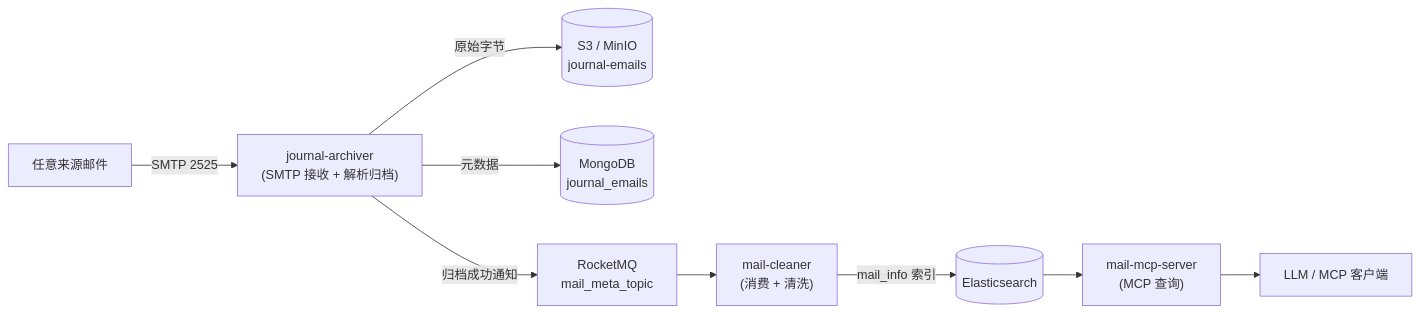
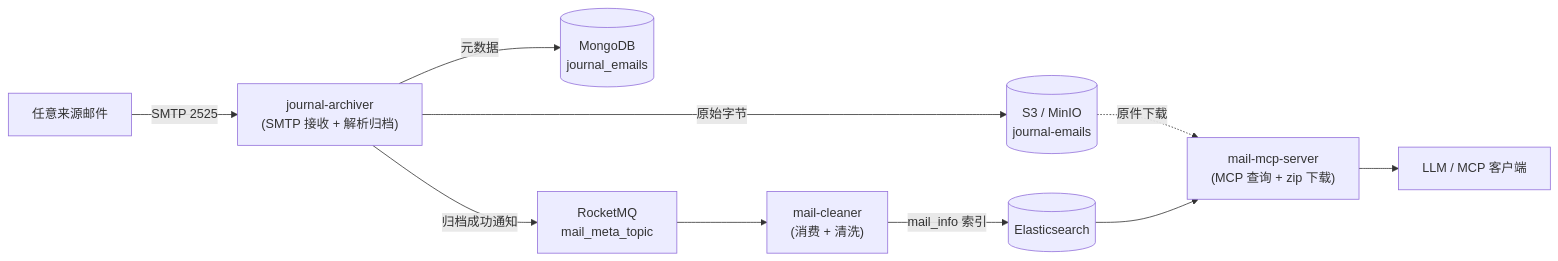
One commit to EKwongChum/gas-town-mail changed the diagram in README.md. Above: the diagram before and after it, drawn with Mermaid. The commit also changed other lines of this file and 20 other files, not shown here.

````diff
--- a/README.md
+++ b/README.md
@@ -53,11 +55,12 @@
 ```mermaid
 flowchart LR
     Sender["任意来源邮件"] -->|SMTP 2525| Archiver["journal-archiver<br/>(SMTP 接收 + 解析归档)"]
     Archiver -->|原始字节| S3[("S3 / MinIO<br/>journal-emails")]
     Archiver -->|元数据| Mongo[("MongoDB<br/>journal_emails")]
     Archiver -->|归档成功通知| MQ[RocketMQ<br/>mail_meta_topic]
     MQ --> Cleaner["mail-cleaner<br/>(消费 + 清洗)"]
     Cleaner -->|mail_info 索引| ES[(Elasticsearch)]
-    ES --> Mcp["mail-mcp-server<br/>(MCP 查询)"]
+    S3 -. 原件下载 .-> Mcp["mail-mcp-server<br/>(MCP 查询 + zip 下载)"]
+    ES --> Mcp
     Mcp --> Client["LLM / MCP 客户端"]
 ```
````
